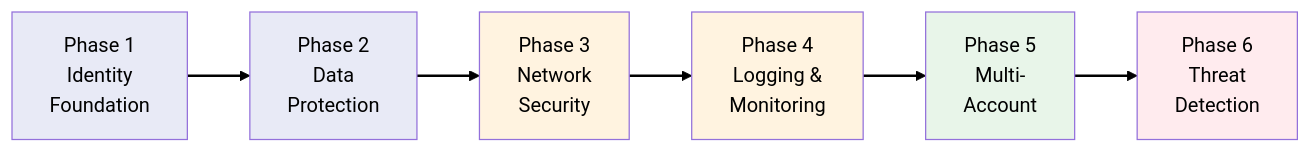
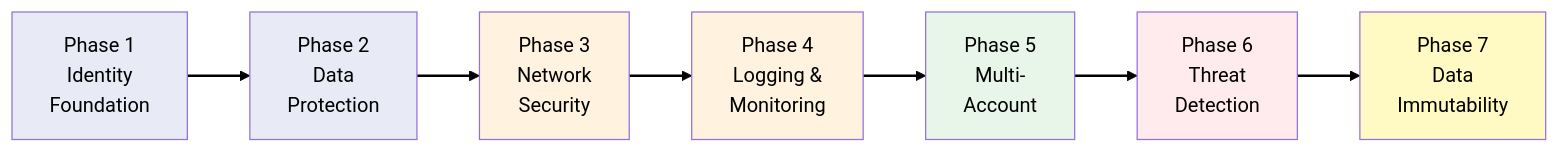
Before and after one commit to benjaminhonorio/aws-architecting: the diagram in docs/scenarios/medvault/00-overview.md, drawn with Mermaid. The commit also changed other lines of this file and 7 other files, not shown here.

````diff
--- a/docs/scenarios/medvault/00-overview.md
+++ b/docs/scenarios/medvault/00-overview.md
@@ -45,16 +47,18 @@
 ```mermaid
 flowchart LR
     P1["Phase 1<br>Identity<br>Foundation"] --> P2["Phase 2<br>Data<br>Protection"]
     P2 --> P3["Phase 3<br>Network<br>Security"]
     P3 --> P4["Phase 4<br>Logging &<br>Monitoring"]
     P4 --> P5["Phase 5<br>Multi-<br>Account"]
     P5 --> P6["Phase 6<br>Threat<br>Detection"]
+    P6 --> P7["Phase 7<br>Data<br>Immutability"]
 
     style P1 fill:#e8eaf6,color:#000
     style P2 fill:#e8eaf6,color:#000
     style P3 fill:#fff3e0,color:#000
     style P4 fill:#fff3e0,color:#000
     style P5 fill:#e8f5e9,color:#000
     style P6 fill:#ffebee,color:#000
+    style P7 fill:#fff9c4,color:#000
     linkStyle default stroke:#000,stroke-width:2px
 ```
````
